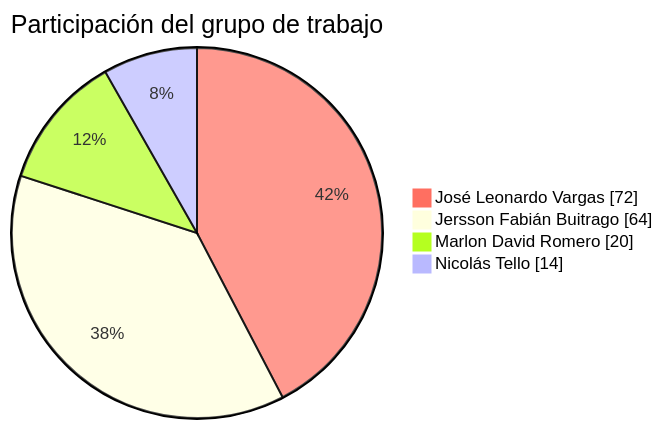
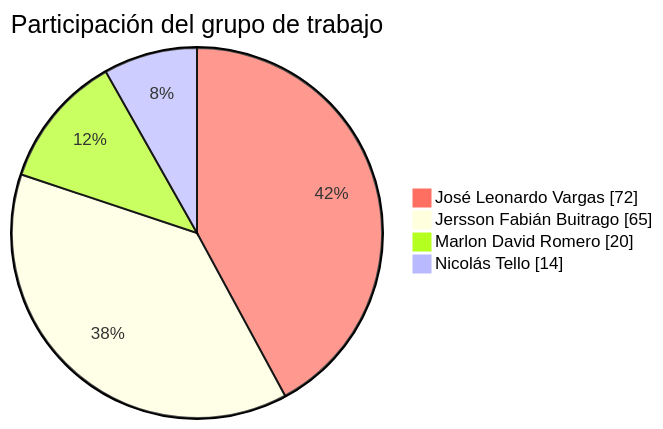
One commit to FarmaExpres/FarmaExpres changed the first of 2 diagrams in README.md. Above: the diagram before and after it, drawn with Mermaid. The commit also changed other lines of this file and 1 other file, not shown here.

````diff
--- a/README.md
+++ b/README.md
@@ -314,9 +314,9 @@
 ```mermaid
 %%{init: {"themeVariables": {"pie1": "#ff6f61"}}}%%
 pie showData
     title Participación del grupo de trabajo
     "José Leonardo Vargas" : 72
-    "Jersson Fabián Buitrago" : 64
+    "Jersson Fabián Buitrago" : 65
     "Marlon David Romero" : 20
     "Nicolás Tello" : 14
 ```
````
